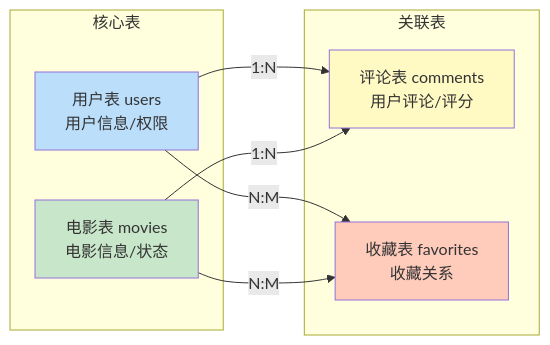
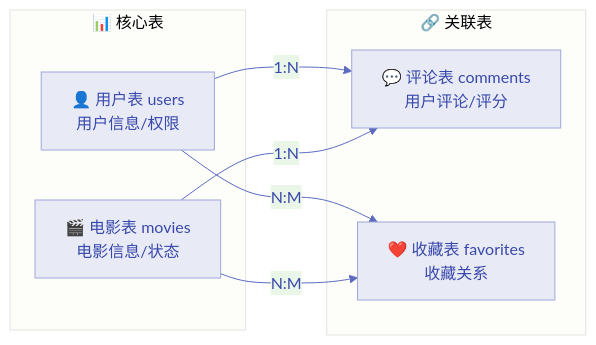
The sixth of 18 diagrams in docs/架构设计.md (keyoshoin/movie-website), drawn with Mermaid before and after one commit. The commit also changed other lines of this file, not shown here.

````diff
--- a/docs/架构设计.md
+++ b/docs/架构设计.md
@@ -246,22 +230,18 @@
 ```mermaid
+%%{init: {'theme': 'base', 'themeVariables': { 'primaryColor': '#e8eaf6', 'primaryTextColor': '#3949ab', 'primaryBorderColor': '#9fa8da', 'lineColor': '#5c6bc0'}}}%%
 graph LR
-    subgraph "核心表"
-        U[用户表 users<br/>用户信息/权限]
-        M[电影表 movies<br/>电影信息/状态]
+    subgraph core["📊 核心表"]
+        U["👤 用户表 users<br/>用户信息/权限"]
+        M["🎬 电影表 movies<br/>电影信息/状态"]
     end
     
-    subgraph "关联表"
-        C[评论表 comments<br/>用户评论/评分]
-        F[收藏表 favorites<br/>收藏关系]
+    subgraph relation["🔗 关联表"]
+        C["💬 评论表 comments<br/>用户评论/评分"]
+        F["❤️ 收藏表 favorites<br/>收藏关系"]
     end
     
-    U -->|1:N| C
-    M -->|1:N| C
-    U -->|N:M| F
-    M -->|N:M| F
-    
-    style U fill:#bbdefb
-    style M fill:#c8e6c9
-    style C fill:#fff9c4
-    style F fill:#ffccbc
+    U -->|"1:N"| C
+    M -->|"1:N"| C
+    U -->|"N:M"| F
+    M -->|"N:M"| F
 ```
````
